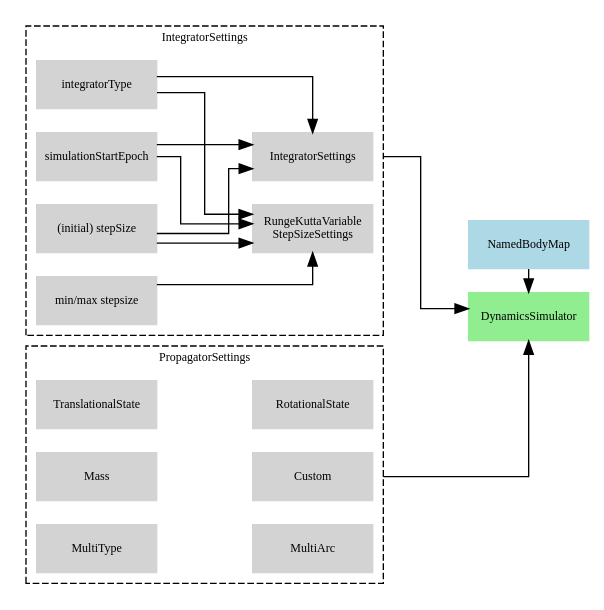
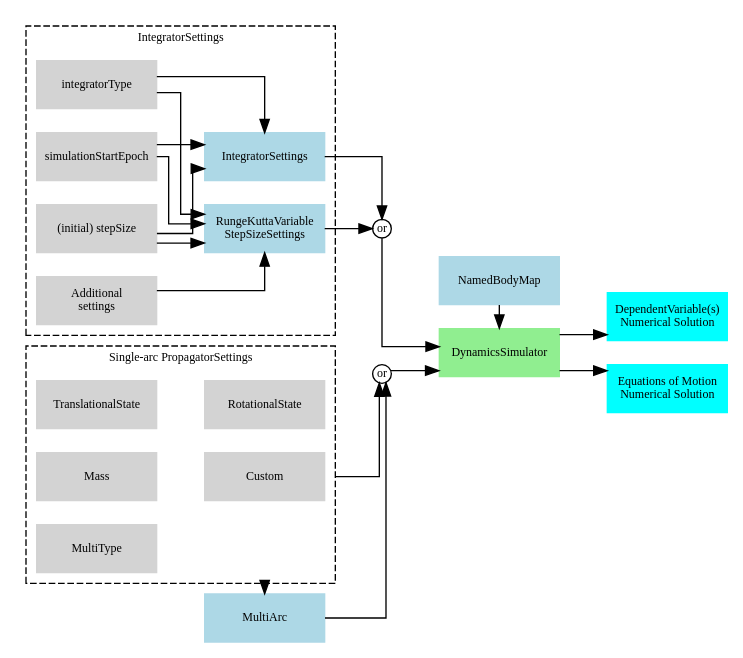
The first of 2 diagrams in tutorials/tudatFeatures/propagationSetup/index.rst (Tudat/tudat), drawn with Graphviz before and after one commit. The commit also changed other lines of this file and 3 other files, not shown here.

```diff
--- a/tutorials/tudatFeatures/propagationSetup/index.rst
+++ b/tutorials/tudatFeatures/propagationSetup/index.rst
@@ -12,7 +12,7 @@
    {
       # General diagram settings
       rankdir = "LR";
-      ranksep = "1.0"
+      #ranksep = "1.0"
       splines = ortho;    
       compound = true;  
 
@@ -23,8 +23,8 @@
 
       # specific node color settings
       DynamicsSimulator [color = lightgreen];
-      NamedBodyMap [color = lightblue];
-
+      NamedBodyMap, MultiArc, "RungeKuttaVariable\nStepSizeSettings", IntegratorSettings [color = lightblue];
+      "DependentVariable(s)\nNumerical Solution", "Equations of Motion\nNumerical Solution" [color = cyan];
       
       # Hyperlinks (Sphinx auto referencing not working here, need to link to exact web adres)
       NamedBodyMap [href = "http://tudat.tudelft.nl/tutorials/tudatFeatures/environmentSetup/index.html#NamedBodyMap", target = "_top"];
@@ -44,7 +44,6 @@
          label = "IntegratorSettings";
          fontsize = 9;
          style = dashed;
-         rank = min;
          href = "http://tudat.tudelft.nl/tutorials/tudatFeatures/propagationSetup/integratorSettings.html";
          target = "_top";
 
@@ -59,32 +58,42 @@
          integratorType -> "RungeKuttaVariable\nStepSizeSettings";
          simulationStartEpoch -> "RungeKuttaVariable\nStepSizeSettings";
          "(initial) stepSize" -> "RungeKuttaVariable\nStepSizeSettings";
-         "min/max stepsize" -> "RungeKuttaVariable\nStepSizeSettings";
+         "Additional \nsettings" -> "RungeKuttaVariable\nStepSizeSettings";
       }
 
 
-      subgraph clusterPropagatorSettings
+      subgraph clusterSingleArcPropagatorSettings
       {
          # cluster settings
-         label = "PropagatorSettings";
+         label = "Single-arc PropagatorSettings";
          fontsize = 9;
          style = dashed;
-         rank = min;
+         compound = true;
          href = "http://tudat.tudelft.nl/tutorials/tudatFeatures/propagationSetup/propagatorSettings.html";
          target = "_top";
-         
+
+         MultiType;
          TranslationalState -> RotationalState [style = invis];
          Mass -> Custom [style = invis];
-         MultiType -> MultiArc [style = invis];
- 
       }
 
+     
+      # DynamicsSimulator input, use points for "or" blocks
+      NamedBodyMap -> DynamicsSimulator;
+      or0, or1 [shape = circle, width = 0.2, fillcolor = white, color = black, label = or];
+      Custom -> or1 -> DynamicsSimulator [ltail = clusterSingleArcPropagatorSettings];
+      MultiArc -> or1 [constraint = false];
+      IntegratorSettings -> or0 -> DynamicsSimulator;
+      "RungeKuttaVariable\nStepSizeSettings" -> or0;
 
-      # DynamicsSimulator input
-      NamedBodyMap -> DynamicsSimulator;
-      IntegratorSettings -> DynamicsSimulator [ltail = clusterIntegratorSettings];
-      Custom -> DynamicsSimulator [ltail = clusterPropagatorSettings];      
+      # DynamicsSimulator output
+      DynamicsSimulator -> "Equations of Motion\nNumerical Solution";
+      DynamicsSimulator -> "DependentVariable(s)\nNumerical Solution";
+      {rank = same; "Equations of Motion\nNumerical Solution", "DependentVariable(s)\nNumerical Solution"};
 
-      {rank = same; NamedBodyMap, DynamicsSimulator}
 
+      # Extra lines for posisitioning of nodes
+      {rank = same; NamedBodyMap, DynamicsSimulator}    
+      MultiType -> MultiArc [ltail = clusterSingleArcPropagatorSettings];
+      Mass -> Custom [style = invis];
    }
```
